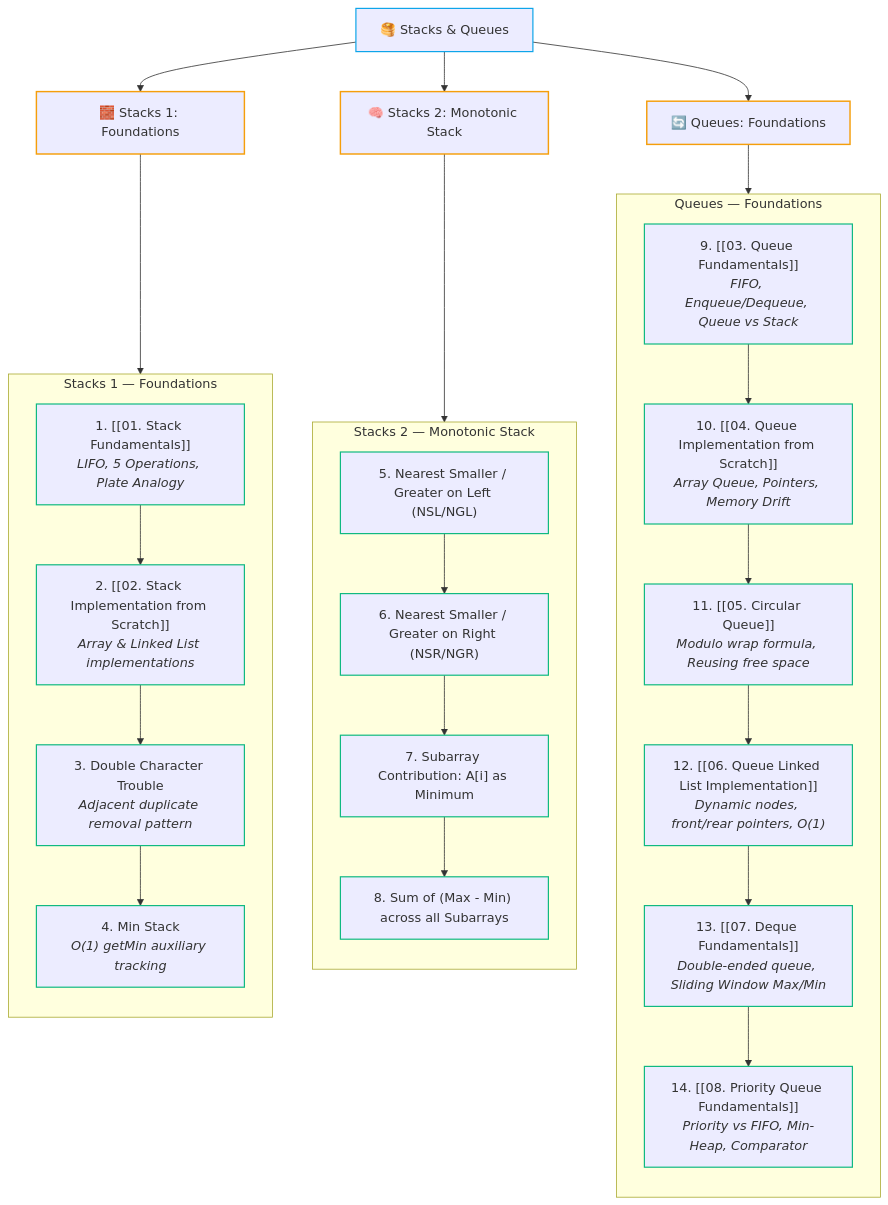
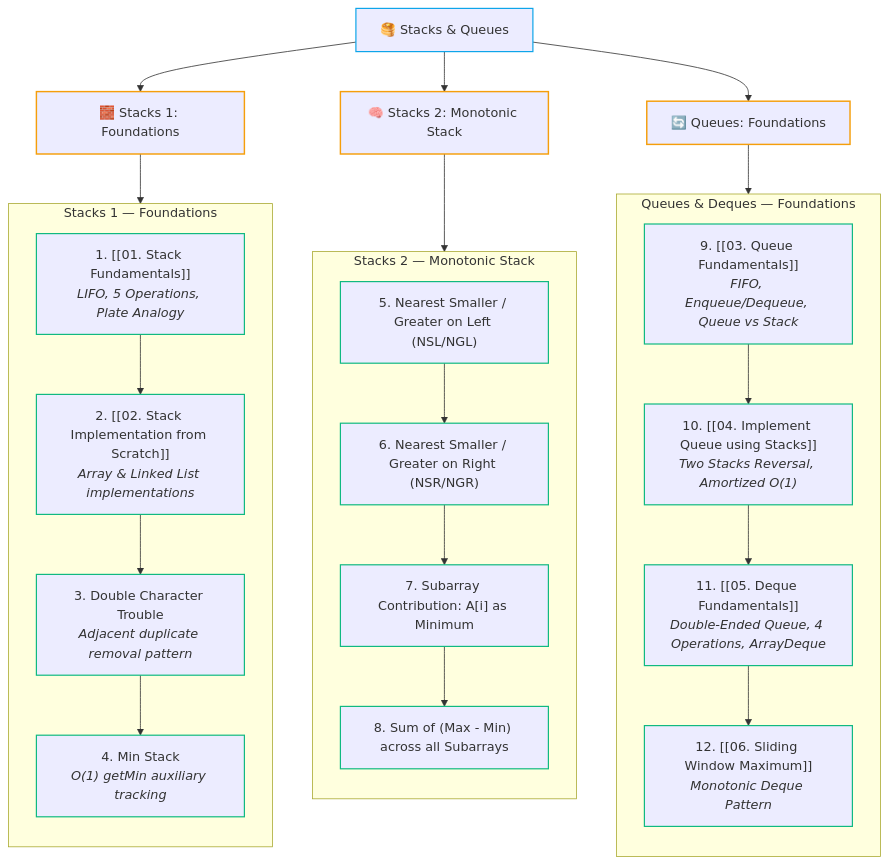
One commit to abhinavbharti2345/CS_Notes changed the diagram in CS/DSA/06. Stacks & Queues/00. Stacks & Queues Core.md. Above: the diagram before and after it, drawn with Mermaid. The commit also changed other lines of this file and 6 other files, not shown here.

Commit message:
feat: add notes and code implementations for Stacks, Queues, Deques, and Sliding Window Maximum

````diff
--- a/CS/DSA/06. Stacks & Queues/00. Stacks & Queues Core.md
+++ b/CS/DSA/06. Stacks & Queues/00. Stacks & Queues Core.md
@@ -23,46 +23,44 @@
 ```mermaid
 flowchart TD
     SQ["🥞 Stacks & Queues"] --> S1["🧱 Stacks 1: Foundations"]
     SQ --> S2["🧠 Stacks 2: Monotonic Stack"]
     SQ --> Q1["🔄 Queues: Foundations"]
 
     subgraph S1_Flow ["Stacks 1 — Foundations"]
         direction TB
         F1["1. [[01. Stack Fundamentals]]<br/><i>LIFO, 5 Operations, Plate Analogy</i>"]
         F2["2. [[02. Stack Implementation from Scratch]]<br/><i>Array & Linked List implementations</i>"]
         F3["3. Double Character Trouble<br/><i>Adjacent duplicate removal pattern</i>"]
         F4["4. Min Stack<br/><i>O(1) getMin auxiliary tracking</i>"]
         F1 --> F2 --> F3 --> F4
     end
 
     subgraph S2_Flow ["Stacks 2 — Monotonic Stack"]
         direction TB
         M1["5. Nearest Smaller / Greater on Left (NSL/NGL)"]
         M2["6. Nearest Smaller / Greater on Right (NSR/NGR)"]
         M3["7. Subarray Contribution: A[i] as Minimum"]
         M4["8. Sum of (Max - Min) across all Subarrays"]
         M1 --> M2 --> M3 --> M4
     end
 
-    subgraph Q1_Flow ["Queues — Foundations"]
+    subgraph Q1_Flow ["Queues & Deques — Foundations"]
         direction TB
         QF1["9. [[03. Queue Fundamentals]]<br/><i>FIFO, Enqueue/Dequeue, Queue vs Stack</i>"]
-        QF2["10. [[04. Queue Implementation from Scratch]]<br/><i>Array Queue, Pointers, Memory Drift</i>"]
-        QF3["11. [[05. Circular Queue]]<br/><i>Modulo wrap formula, Reusing free space</i>"]
-        QF4["12. [[06. Queue Linked List Implementation]]<br/><i>Dynamic nodes, front/rear pointers, O(1)</i>"]
-        QF5["13. [[07. Deque Fundamentals]]<br/><i>Double-ended queue, Sliding Window Max/Min</i>"]
-        QF6["14. [[08. Priority Queue Fundamentals]]<br/><i>Priority vs FIFO, Min-Heap, Comparator</i>"]
-        QF1 --> QF2 --> QF3 --> QF4 --> QF5 --> QF6
+        QF2["10. [[04. Implement Queue using Stacks]]<br/><i>Two Stacks Reversal, Amortized O(1)</i>"]
+        QF3["11. [[05. Deque Fundamentals]]<br/><i>Double-Ended Queue, 4 Operations, ArrayDeque</i>"]
+        QF4["12. [[06. Sliding Window Maximum]]<br/><i>Monotonic Deque Pattern</i>"]
+        QF1 --> QF2 --> QF3 --> QF4
     end
 
     S1 --> S1_Flow
     S2 --> S2_Flow
     Q1 --> Q1_Flow
 
     classDef core stroke:#0ea5e9,stroke-width:1.5px;
     classDef section stroke:#f59e0b,stroke-width:1.8px;
     classDef step stroke:#10b981,stroke-width:1.5px;
     class SQ core;
     class S1,S2,Q1 section;
-    class F1,F2,F3,F4,M1,M2,M3,M4,QF1,QF2,QF3,QF4,QF5,QF6 step;
+    class F1,F2,F3,F4,M1,M2,M3,M4,QF1,QF2,QF3,QF4 step;
 ```
````
